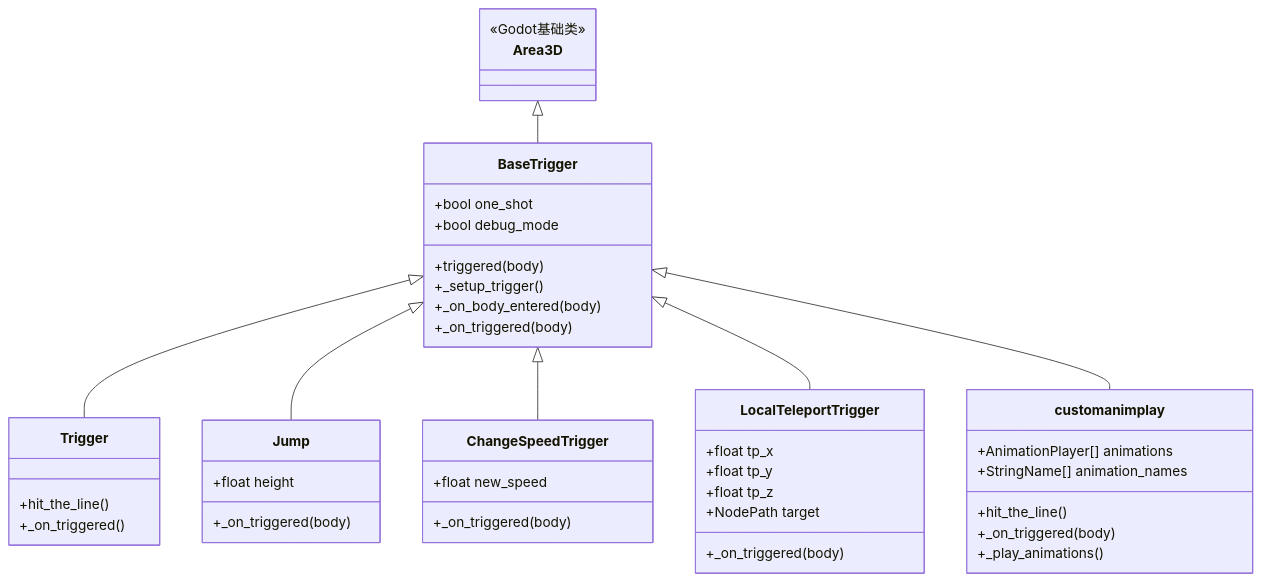
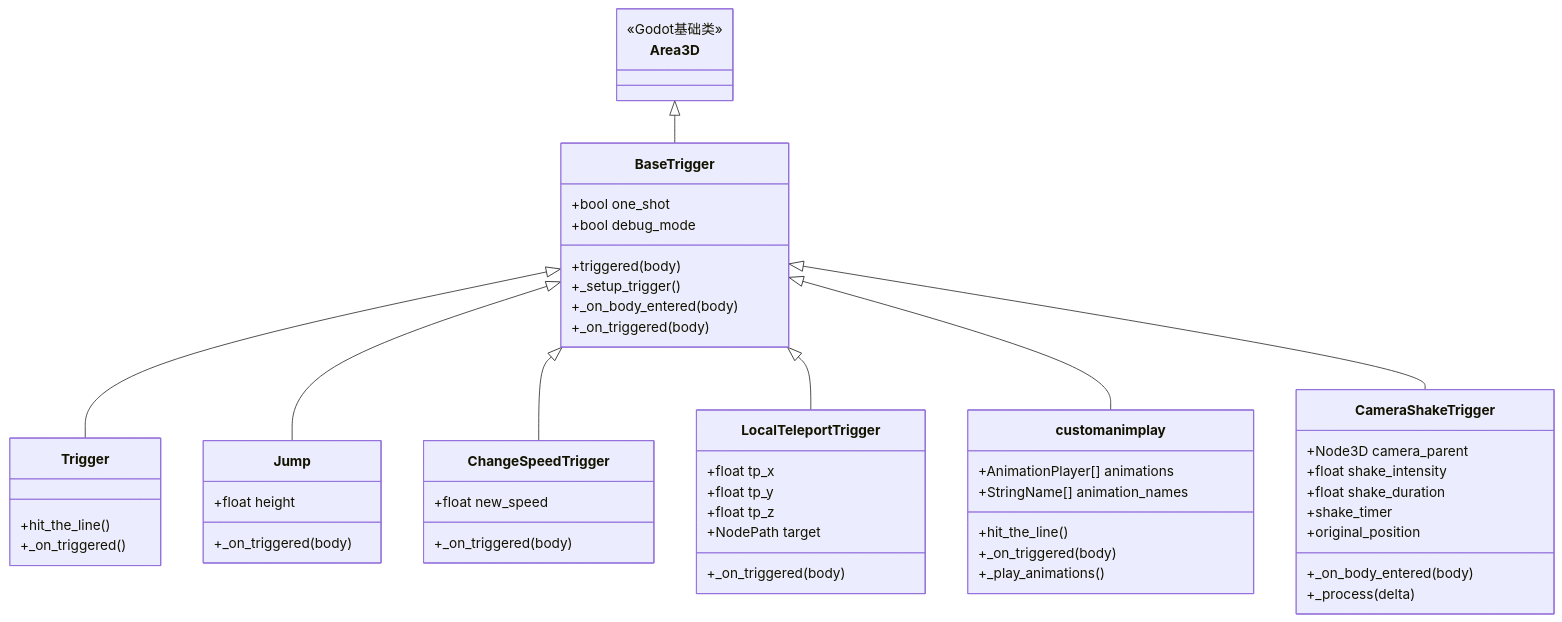
One commit to godotline/godot-line changed the tenth of 12 diagrams in .qoder/repowiki/zh/content/Base Trigger.md. Above: the diagram before and after it, drawn with Mermaid. The commit also changed other lines of this file and 13 other files, not shown here.

````diff
--- a/.qoder/repowiki/zh/content/Base Trigger.md
+++ b/.qoder/repowiki/zh/content/Base Trigger.md
@@ -605,46 +703,56 @@
 ```mermaid
 classDiagram
 class Area3D {
 <<Godot基础类>>
 }
 class BaseTrigger {
 +bool one_shot
 +bool debug_mode
 +triggered(body)
 +_setup_trigger()
 +_on_body_entered(body)
 +_on_triggered(body)
 }
 class Trigger {
 +hit_the_line()
 +_on_triggered()
 }
 class Jump {
 +float height
 +_on_triggered(body)
 }
 class ChangeSpeedTrigger {
 +float new_speed
 +_on_triggered(body)
 }
 class LocalTeleportTrigger {
 +float tp_x
 +float tp_y
 +float tp_z
 +NodePath target
 +_on_triggered(body)
 }
 class customanimplay {
 +AnimationPlayer[] animations
 +StringName[] animation_names
 +hit_the_line()
 +_on_triggered(body)
 +_play_animations()
 }
+class CameraShakeTrigger {
++Node3D camera_parent
++float shake_intensity
++float shake_duration
++shake_timer
++original_position
++_on_body_entered(body)
++_process(delta)
+}
 Area3D <|-- BaseTrigger
 BaseTrigger <|-- Trigger
 BaseTrigger <|-- Jump
 BaseTrigger <|-- ChangeSpeedTrigger
 BaseTrigger <|-- LocalTeleportTrigger
 BaseTrigger <|-- customanimplay
+BaseTrigger <|-- CameraShakeTrigger
 ```
````
